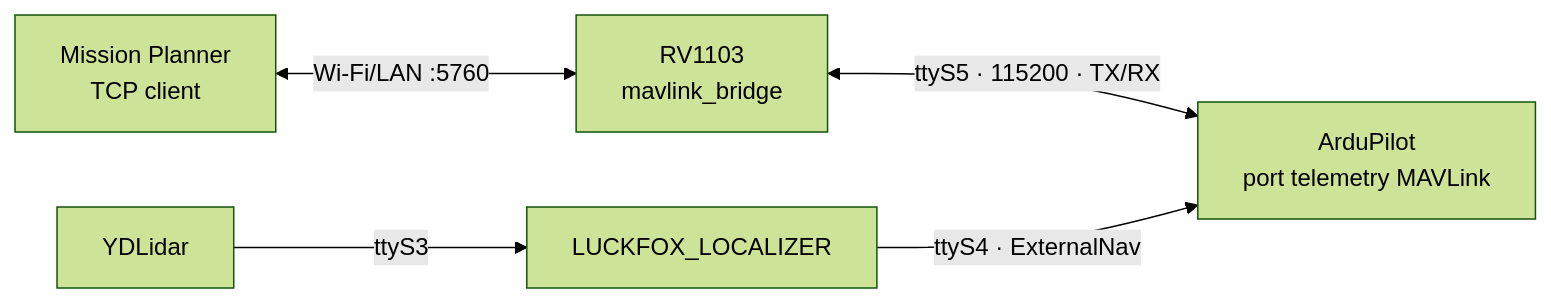
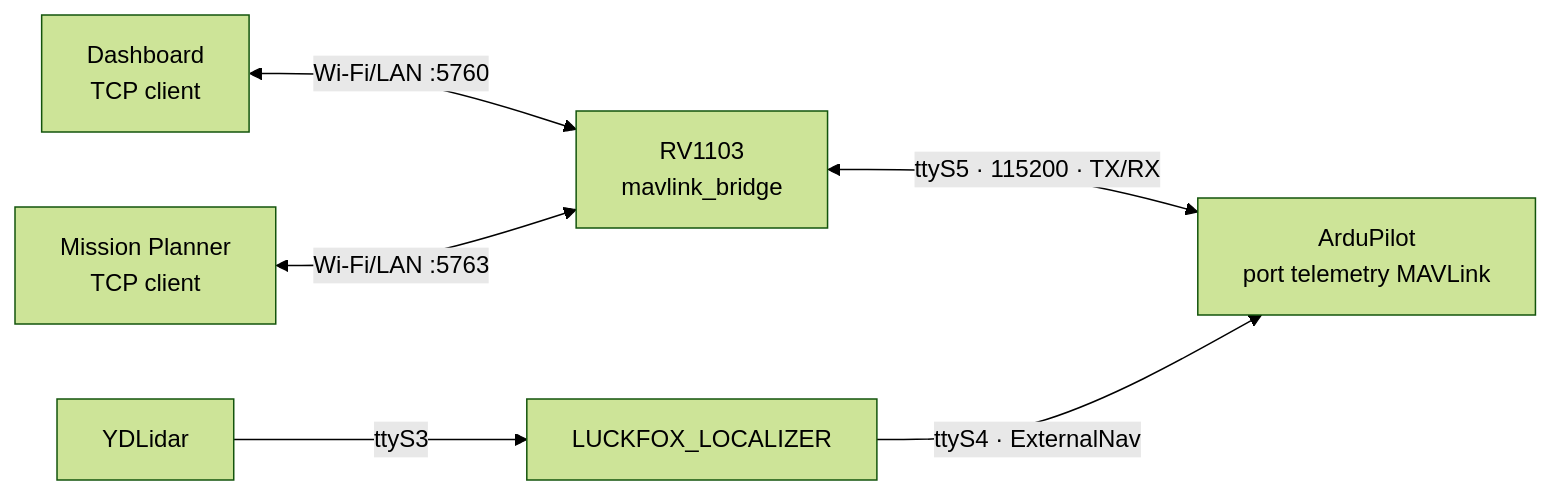
The diagram in LUCKFOX_MAVLINK_BRIDGE/README.md (hharyono/SLAM), drawn with Mermaid (forest theme) before and after one commit. The commit also changed other lines of this file and 49 other files, not shown here.

````diff
--- a/LUCKFOX_MAVLINK_BRIDGE/README.md
+++ b/LUCKFOX_MAVLINK_BRIDGE/README.md
@@ -8,7 +8,8 @@
 ```mermaid
 flowchart LR
-    MP["Mission Planner\nTCP client"] <-->|"Wi-Fi/LAN :5760"| BR["RV1103\nmavlink_bridge"]
+    DASH["Dashboard\nTCP client"] <-->|"Wi-Fi/LAN :5760"| BR["RV1103\nmavlink_bridge"]
+    MP["Mission Planner\nTCP client"] <-->|"Wi-Fi/LAN :5763"| BR
     BR <-->|"ttyS5 · 115200 · TX/RX"| FC["ArduPilot\nport telemetry MAVLink"]
     LOC["LUCKFOX_LOCALIZER"] -->|"ttyS4 · ExternalNav"| FC
     LIDAR["YDLidar"] -->|"ttyS3"| LOC
 ```
````
